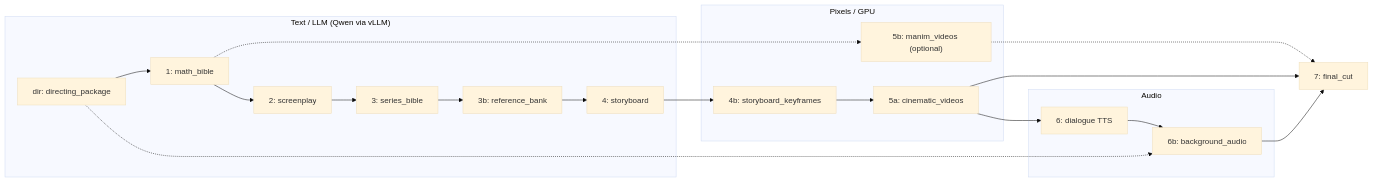
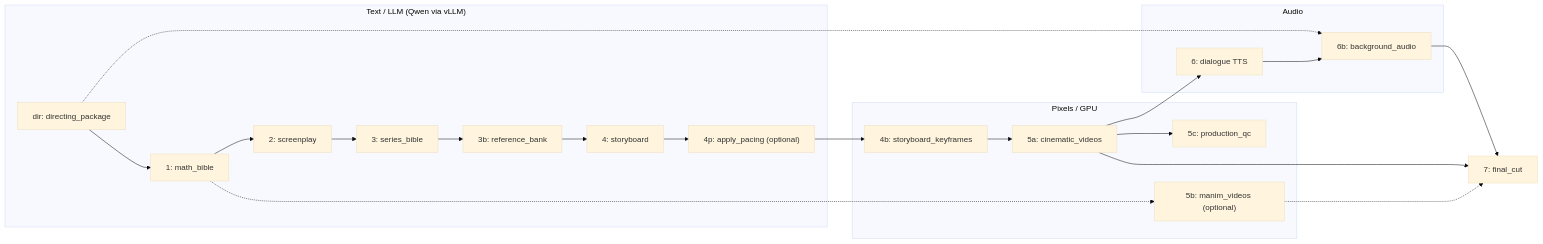
The diagram in scripts/README.md (saisritejakuppaEros/EducationContentGeneration), drawn with Mermaid (base theme) before and after one commit. The commit also changed other lines of this file and 62 other files, not shown here.

````diff
--- a/scripts/README.md
+++ b/scripts/README.md
@@ -7,29 +7,31 @@
 ```mermaid
 flowchart LR
   subgraph text["Text / LLM (Qwen via vLLM)"]
     dir["dir: directing_package"]
     s1["1: math_bible"]
     s2["2: screenplay"]
     s3["3: series_bible"]
     s3b["3b: reference_bank"]
     s4["4: storyboard"]
+    s4p["4p: apply_pacing (optional)"]
   end
   subgraph pixels["Pixels / GPU"]
     s4b["4b: storyboard_keyframes"]
     s5a["5a: cinematic_videos"]
+    s5c["5c: production_qc"]
     s5b["5b: manim_videos (optional)"]
   end
   subgraph audio["Audio"]
     s6["6: dialogue TTS"]
     s6b["6b: background_audio"]
   end
   s7["7: final_cut"]
 
-  dir --> s1 --> s2 --> s3 --> s3b --> s4 --> s4b --> s5a
+  dir --> s1 --> s2 --> s3 --> s3b --> s4 --> s4p --> s4b --> s5a --> s5c
   s5a --> s6
   s1 -.-> s5b
   s5b -.-> s7
   s5a --> s7
   s6 --> s6b --> s7
   dir -.-> s6b
 ```
````
